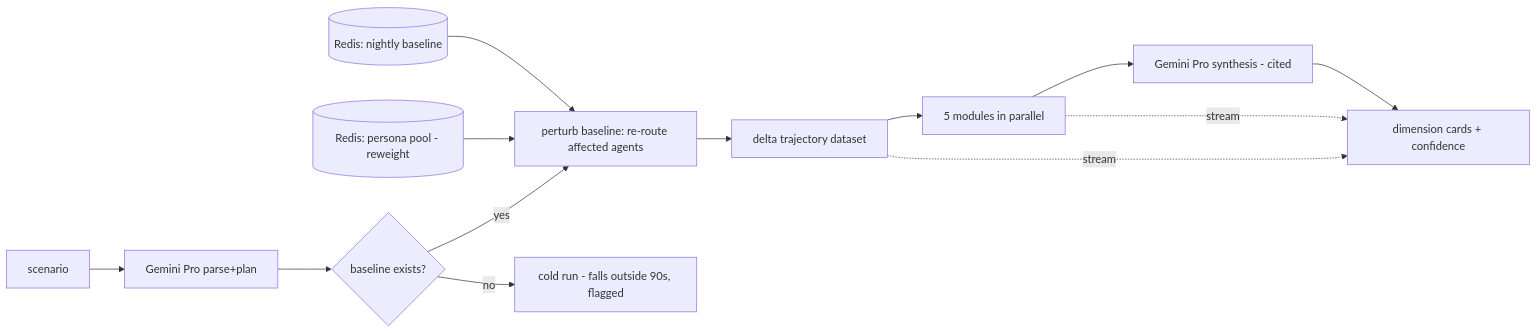
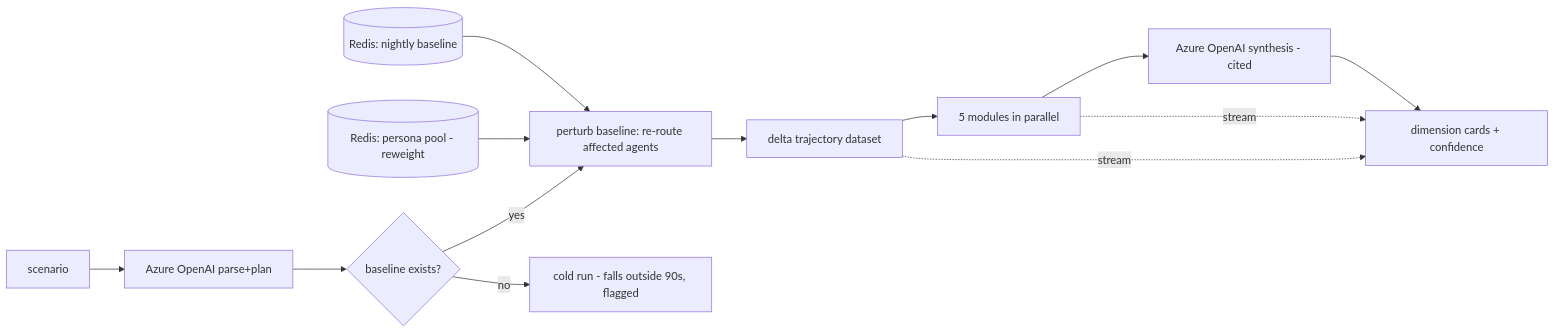
One commit to delatorrecj/matrix changed the diagram in docs/rfc-matrix-realtime-pipeline.md. Above: the diagram before and after it, drawn with Mermaid. The commit also changed other lines of this file and 53 other files, not shown here.

Commit message:
feat: migrate to Azure OpenAI GPT-5.4, add Docker deployment for Hugging Face, and implement core simulation infrastructure including orchestrator, runtime, and test suites.

````diff
--- a/docs/rfc-matrix-realtime-pipeline.md
+++ b/docs/rfc-matrix-realtime-pipeline.md
@@ -40,14 +40,14 @@
 ```mermaid
 graph LR
-  Q[scenario] --> O[Gemini Pro parse+plan]
+  Q[scenario] --> O[Azure OpenAI parse+plan]
   O --> D{baseline exists?}
   D -->|yes| P[perturb baseline: re-route affected agents]
   D -->|no| C[cold run - falls outside 90s, flagged]
   PP[(Redis: persona pool - reweight)] --> P
   BL[(Redis: nightly baseline)] --> P
   P --> T[delta trajectory dataset]
   T --> M[5 modules in parallel]
   T -. stream .-> UI[playback frames]
   M -. stream .-> UI[dimension cards + confidence]
-  M --> S[Gemini Pro synthesis - cited] --> UI
+  M --> S[Azure OpenAI synthesis - cited] --> UI
 ```
````
